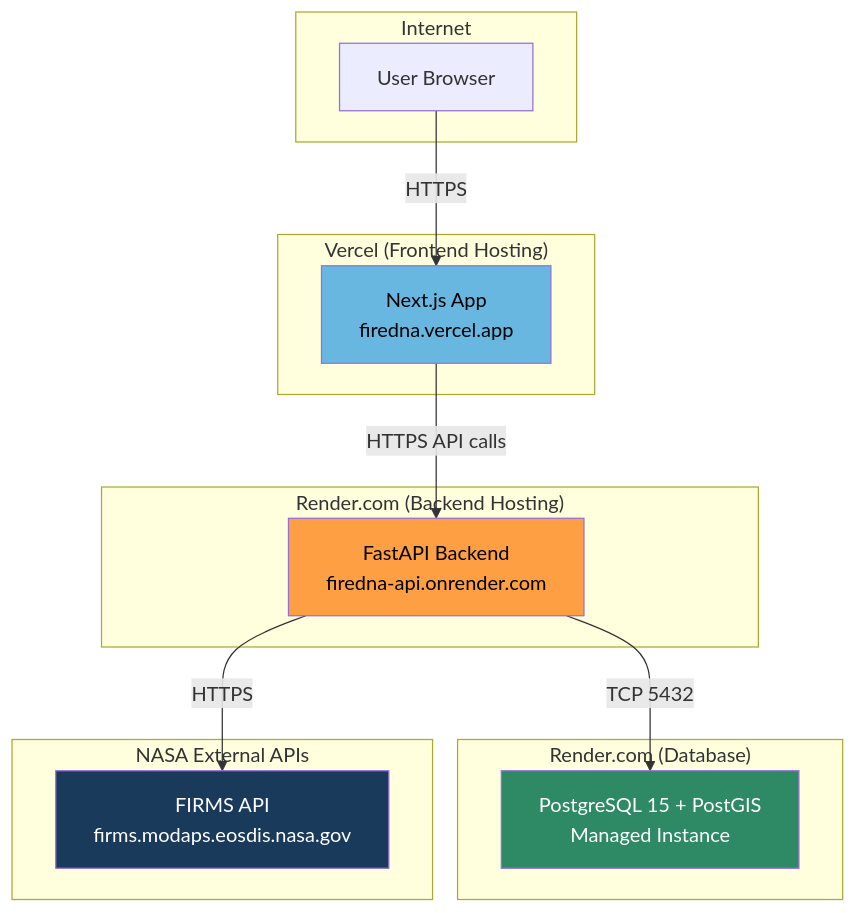
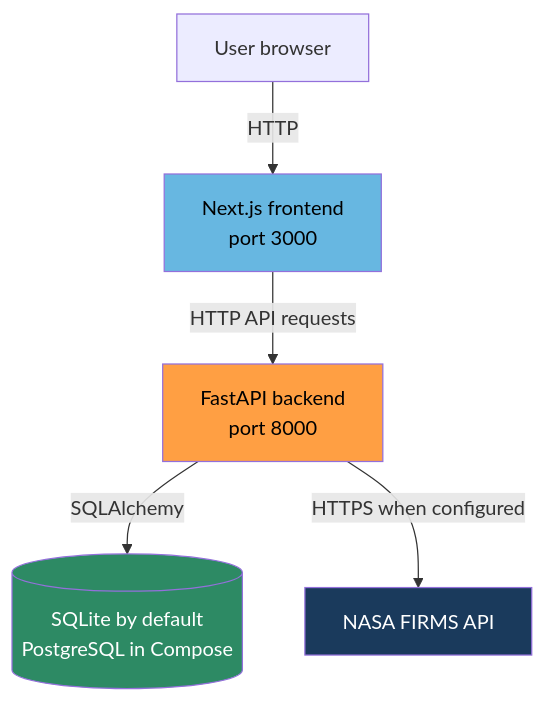
Before and after one commit to rid-coder-70/firedna: the sixth of 7 diagrams in docs/SYSTEM_ARCHITECTURE.md, drawn with Mermaid. The commit also changed other lines of this file and 4 other files, not shown here.

Commit message:
Enhance documentation: Update README, development roadmap, system architecture, and UI/UX design to reflect project status and clarify functionality

````diff
--- a/docs/SYSTEM_ARCHITECTURE.md
+++ b/docs/SYSTEM_ARCHITECTURE.md
@@ -302,26 +291,11 @@
 ```mermaid
 flowchart TD
-    subgraph Internet["Internet"]
-        U["User Browser"]
-    end
-    subgraph Vercel["Vercel (Frontend Hosting)"]
-        FE["Next.js App\nfiredna.vercel.app"]
-    end
-    subgraph Render["Render.com (Backend Hosting)"]
-        BE["FastAPI Backend\nfiredna-api.onrender.com"]
-    end
-    subgraph Render2["Render.com (Database)"]
-        DB["PostgreSQL 15 + PostGIS\nManaged Instance"]
-    end
-    subgraph NASA["NASA External APIs"]
-        FIRMS["FIRMS API\nfirms.modaps.eosdis.nasa.gov"]
-    end
-    U -->|HTTPS| FE
-    FE -->|HTTPS API calls| BE
-    BE -->|TCP 5432| DB
-    BE -->|HTTPS| FIRMS
-    style FE fill:#67B7E1,color:#000
-    style BE fill:#FF9F43,color:#000
-    style DB fill:#2D8A64,color:#fff
+    User["User browser"] -->|HTTP| Frontend["Next.js frontend<br/>port 3000"]
+    Frontend -->|HTTP API requests| Backend["FastAPI backend<br/>port 8000"]
+    Backend -->|SQLAlchemy| Database[("SQLite by default<br/>PostgreSQL in Compose")]
+    Backend -->|HTTPS when configured| FIRMS["NASA FIRMS API"]
+    style Frontend fill:#67B7E1,color:#000
+    style Backend fill:#FF9F43,color:#000
+    style Database fill:#2D8A64,color:#fff
     style FIRMS fill:#1a3a5c,color:#fff
 ```
````
